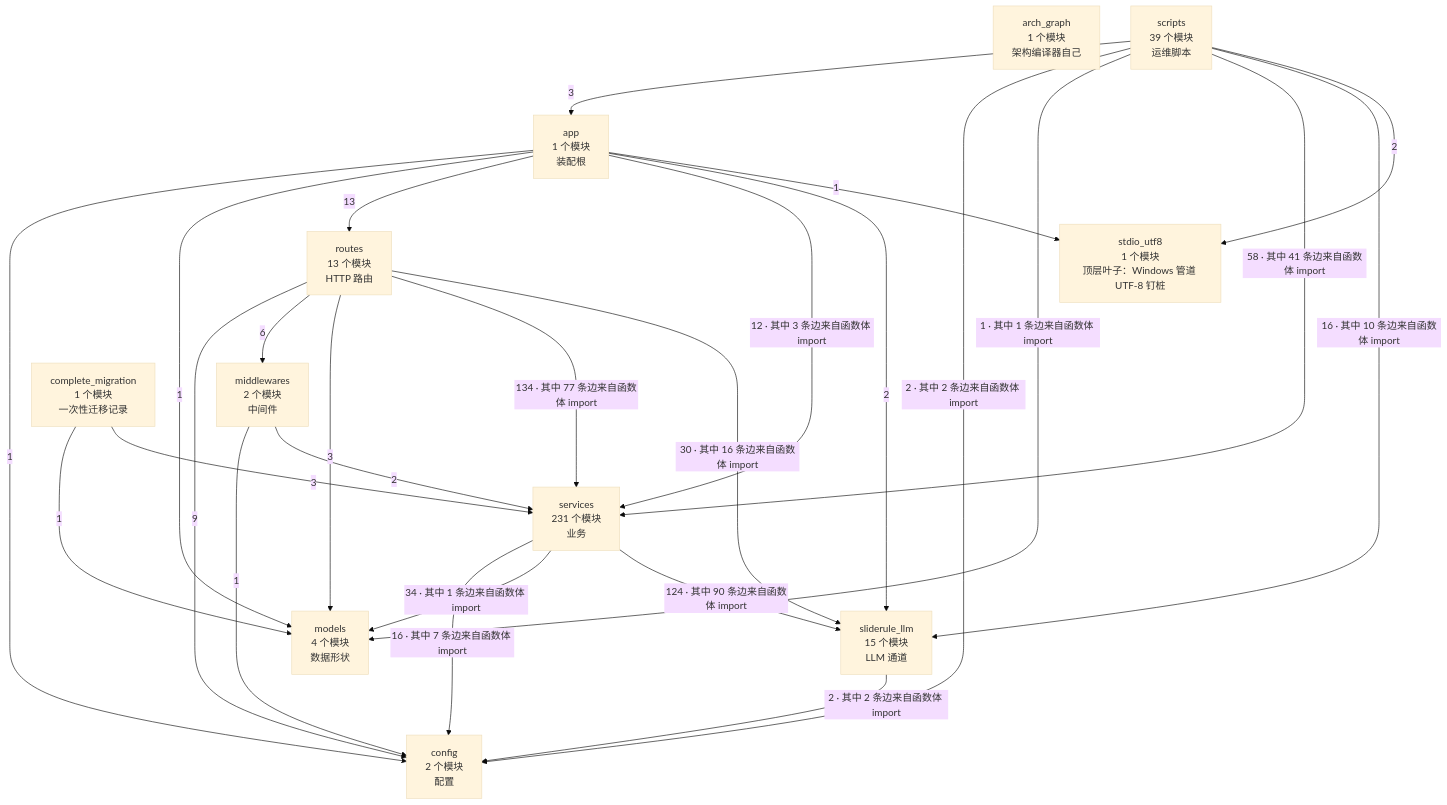
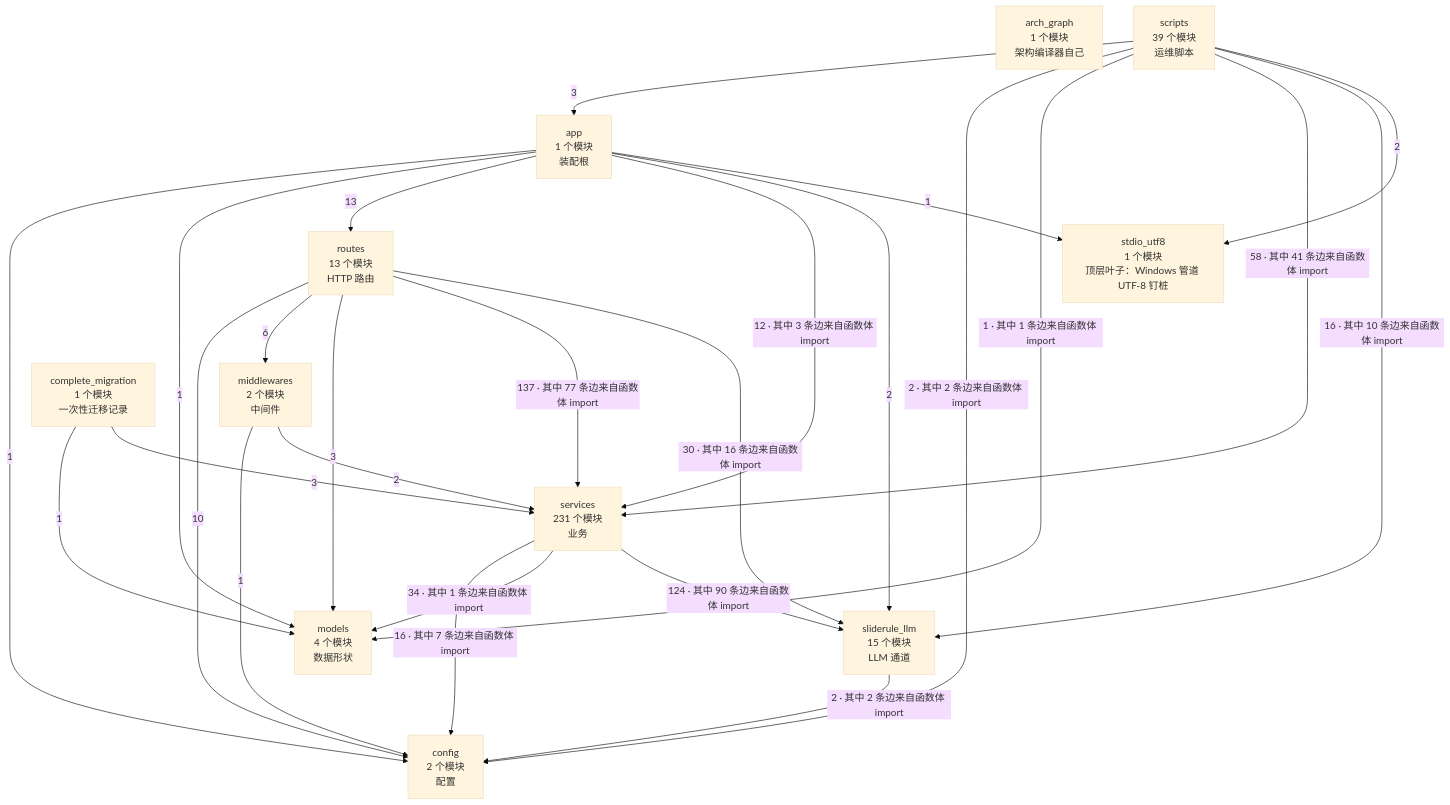
The second of 4 diagrams in docs/SlideRule V6.2 架构图（自动生成）.md (2686521696/WhyBuddy), drawn with Mermaid (base theme) before and after one commit. The commit also changed other lines of this file and 5 other files, not shown here.

Commit message:
fix(architecture): consume project contracts and record runtime evidence

````diff
--- a/docs/SlideRule V6.2 架构图（自动生成）.md
+++ b/docs/SlideRule V6.2 架构图（自动生成）.md
@@ -62,39 +62,39 @@
 ```mermaid
 flowchart TB
   arch_graph["arch_graph<br/>1 个模块<br/>架构编译器自己"]
   config["config<br/>2 个模块<br/>配置"]
   models["models<br/>4 个模块<br/>数据形状"]
   stdio_utf8["stdio_utf8<br/>1 个模块<br/>顶层叶子：Windows 管道 UTF-8 钉桩"]
   sliderule_llm["sliderule_llm<br/>15 个模块<br/>LLM 通道"]
   middlewares["middlewares<br/>2 个模块<br/>中间件"]
   services["services<br/>231 个模块<br/>业务"]
   routes["routes<br/>13 个模块<br/>HTTP 路由"]
   app["app<br/>1 个模块<br/>装配根"]
   complete_migration["complete_migration<br/>1 个模块<br/>一次性迁移记录"]
   scripts["scripts<br/>39 个模块<br/>运维脚本"]
   app -->|1| config
   app -->|1| models
   app -->|13| routes
   app -->|12 · 其中 3 条边来自函数体 import| services
   app -->|2| sliderule_llm
   app -->|1| stdio_utf8
   complete_migration -->|1| models
   complete_migration -->|3| services
   middlewares -->|1| config
   middlewares -->|2| services
-  routes -->|9| config
+  routes -->|10| config
   routes -->|6| middlewares
   routes -->|3| models
-  routes -->|134 · 其中 77 条边来自函数体 import| services
+  routes -->|137 · 其中 77 条边来自函数体 import| services
   routes -->|30 · 其中 16 条边来自函数体 import| sliderule_llm
   scripts -->|3| app
   scripts -->|2 · 其中 2 条边来自函数体 import| config
   scripts -->|1 · 其中 1 条边来自函数体 import| models
   scripts -->|58 · 其中 41 条边来自函数体 import| services
   scripts -->|16 · 其中 10 条边来自函数体 import| sliderule_llm
   scripts -->|2| stdio_utf8
   services -->|16 · 其中 7 条边来自函数体 import| config
   services -->|34 · 其中 1 条边来自函数体 import| models
   services -->|124 · 其中 90 条边来自函数体 import| sliderule_llm
   sliderule_llm -->|2 · 其中 2 条边来自函数体 import| config
 ```
````
